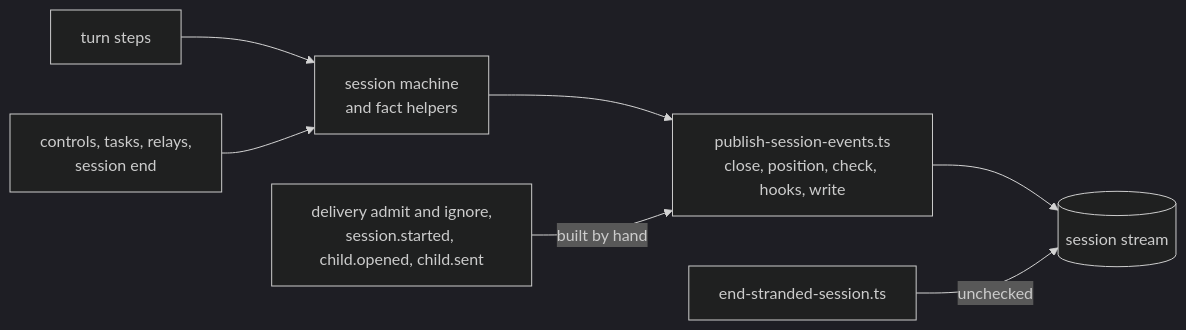
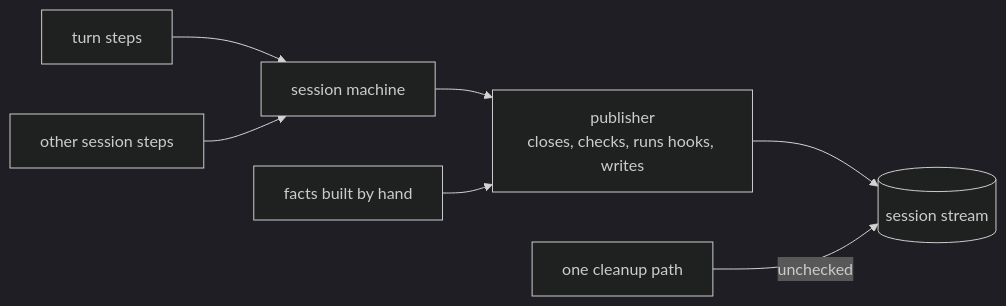
Before and after one commit to vercel/eve: the fourth of 6 diagrams in research/session-kernel.md, drawn with Mermaid (dark theme). The commit also changed other lines of this file, not shown here.

````diff
--- a/research/session-kernel.md
+++ b/research/session-kernel.md
@@ -115,9 +109,9 @@
 ```mermaid
 flowchart LR
-  Turn["turn steps"] --> Machine["session machine<br/>and fact helpers"]
-  Other["controls, tasks, relays,<br/>session end"] --> Machine
-  Machine --> Publisher["publish-session-events.ts<br/>close, position, check, hooks, write"]
-  Hand["delivery admit and ignore,<br/>session.started, child.opened, child.sent"] -- built by hand --> Publisher
+  Turn["turn steps"] --> Machine["session machine"]
+  Other["other session steps"] --> Machine
+  Machine --> Publisher["publisher<br/>closes, checks, runs hooks, writes"]
+  Hand["facts built by hand"] --> Publisher
   Publisher --> Stream[("session stream")]
-  Stranded["end-stranded-session.ts"] -- unchecked --> Stream
+  Direct["one cleanup path"] -- unchecked --> Stream
 ```
````
